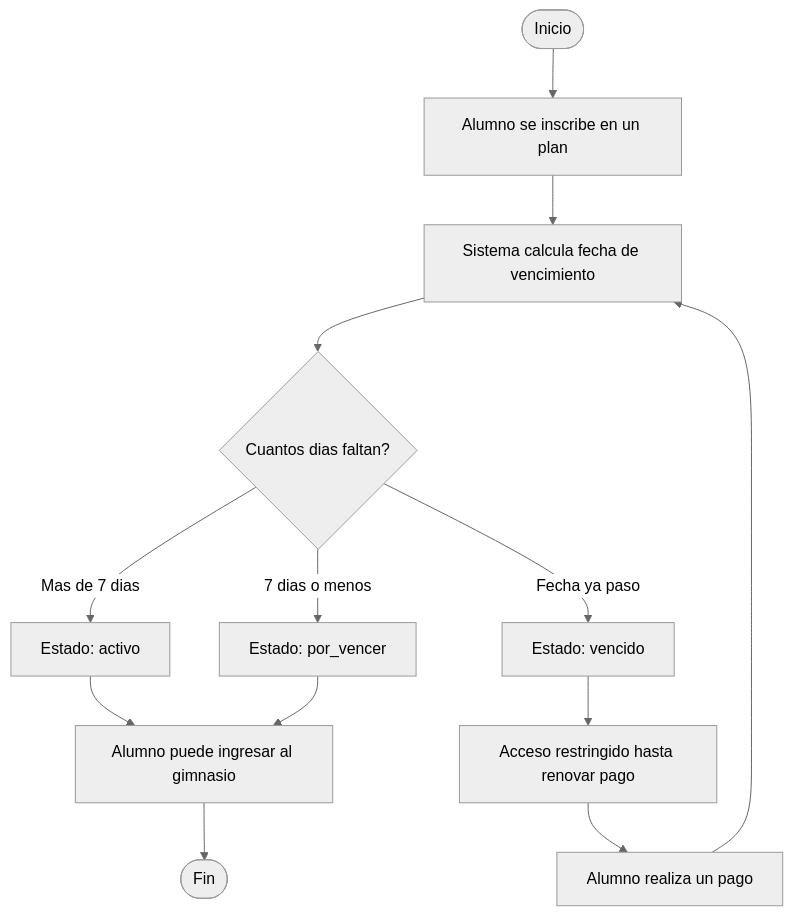
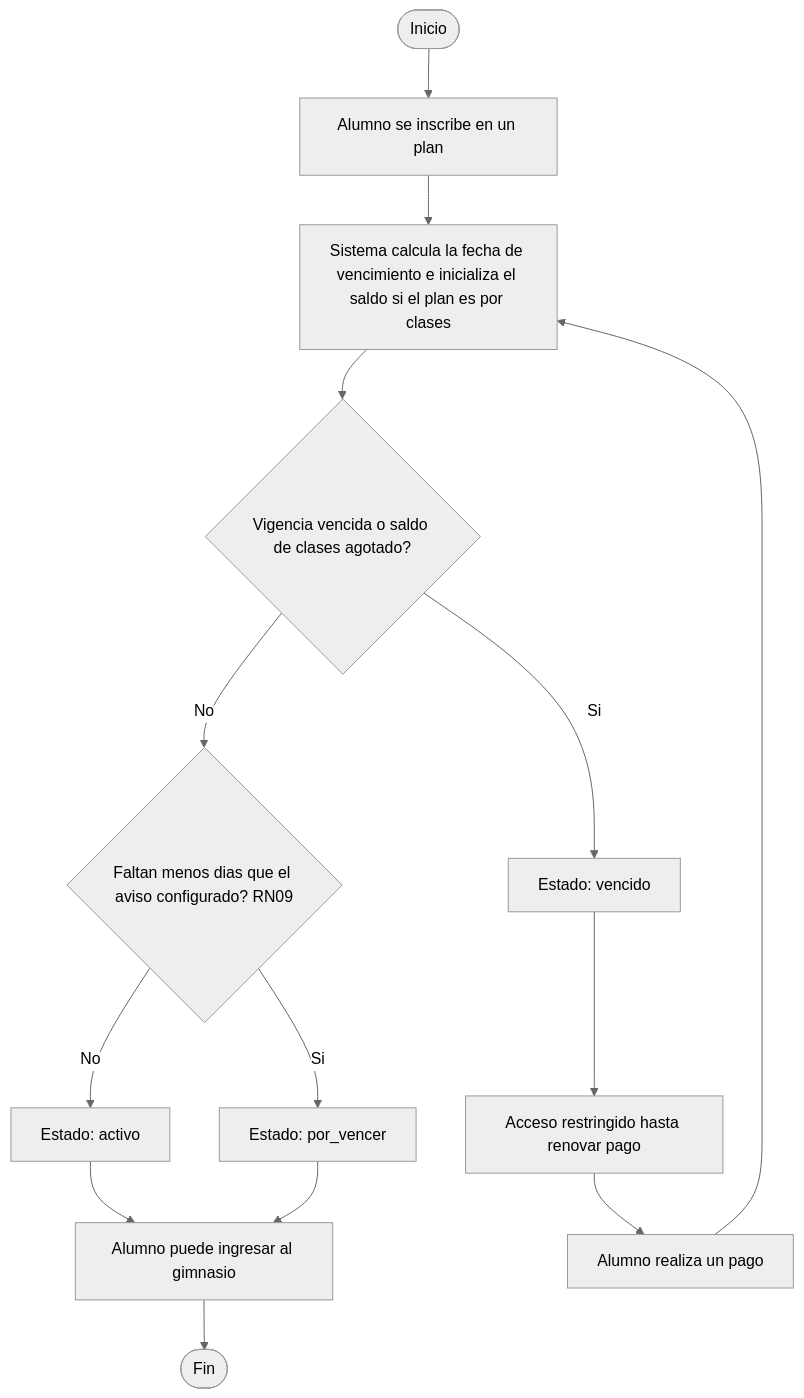
Before and after one commit to pao41/Trabajo-Final-Integrador: the first of 3 diagrams in docs/diagrama_actividades.md, drawn with Mermaid (neutral theme). The commit also changed other lines of this file, not shown here.

Commit message:
actualizar actividades con planes por clases y agregar flujo de ingreso

````diff
--- a/docs/diagrama_actividades.md
+++ b/docs/diagrama_actividades.md
@@ -5,15 +5,16 @@
 ```mermaid
 flowchart TD
     Start([Inicio]) --> A[Alumno se inscribe en un plan]
-    A --> B[Sistema calcula fecha de vencimiento]
-    B --> C{Cuantos dias faltan?}
-    C -->|Mas de 7 dias| D[Estado: activo]
-    C -->|7 dias o menos| E[Estado: por_vencer]
-    C -->|Fecha ya paso| F[Estado: vencido]
+    A --> B[Sistema calcula la fecha de vencimiento e inicializa el saldo si el plan es por clases]
+    B --> C{Vigencia vencida o saldo de clases agotado?}
+    C -->|Si| F[Estado: vencido]
+    C -->|No| C2{Faltan menos dias que el aviso configurado? RN09}
+    C2 -->|Si| E[Estado: por_vencer]
+    C2 -->|No| D[Estado: activo]
     D --> G[Alumno puede ingresar al gimnasio]
     E --> G
     F --> H[Acceso restringido hasta renovar pago]
     H --> I[Alumno realiza un pago]
     I --> B
     G --> End([Fin])
 ```
````
